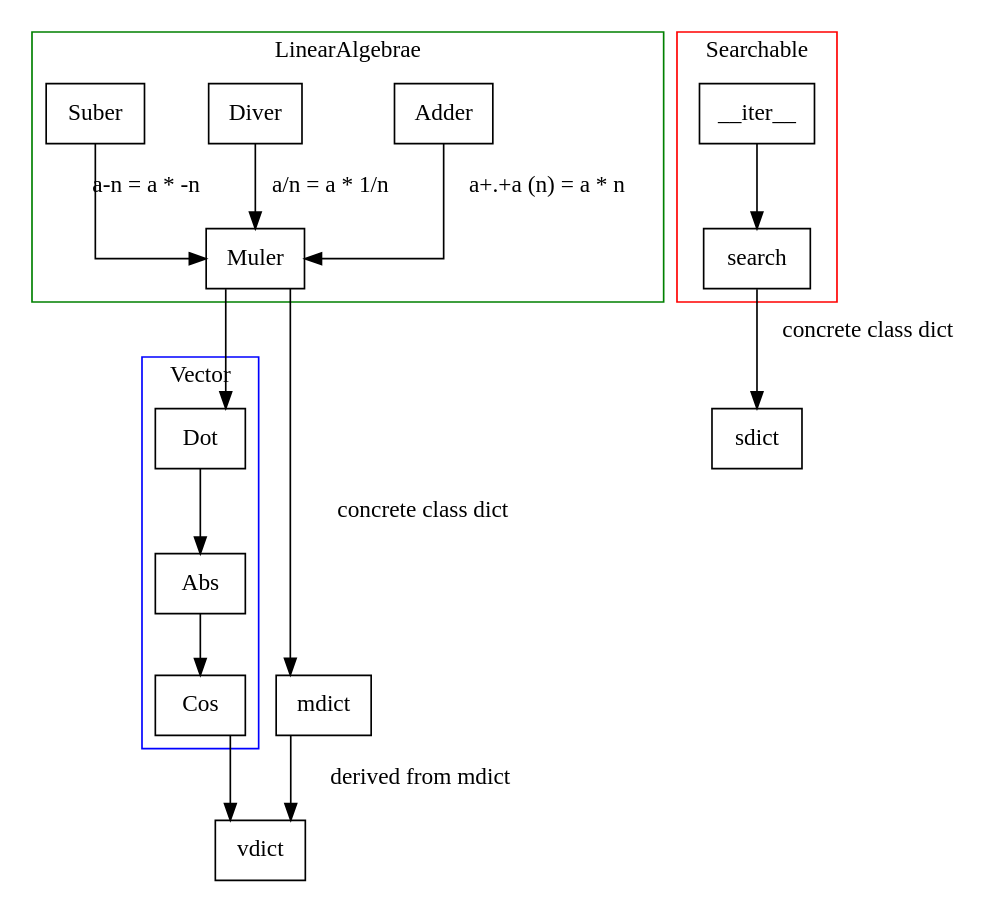
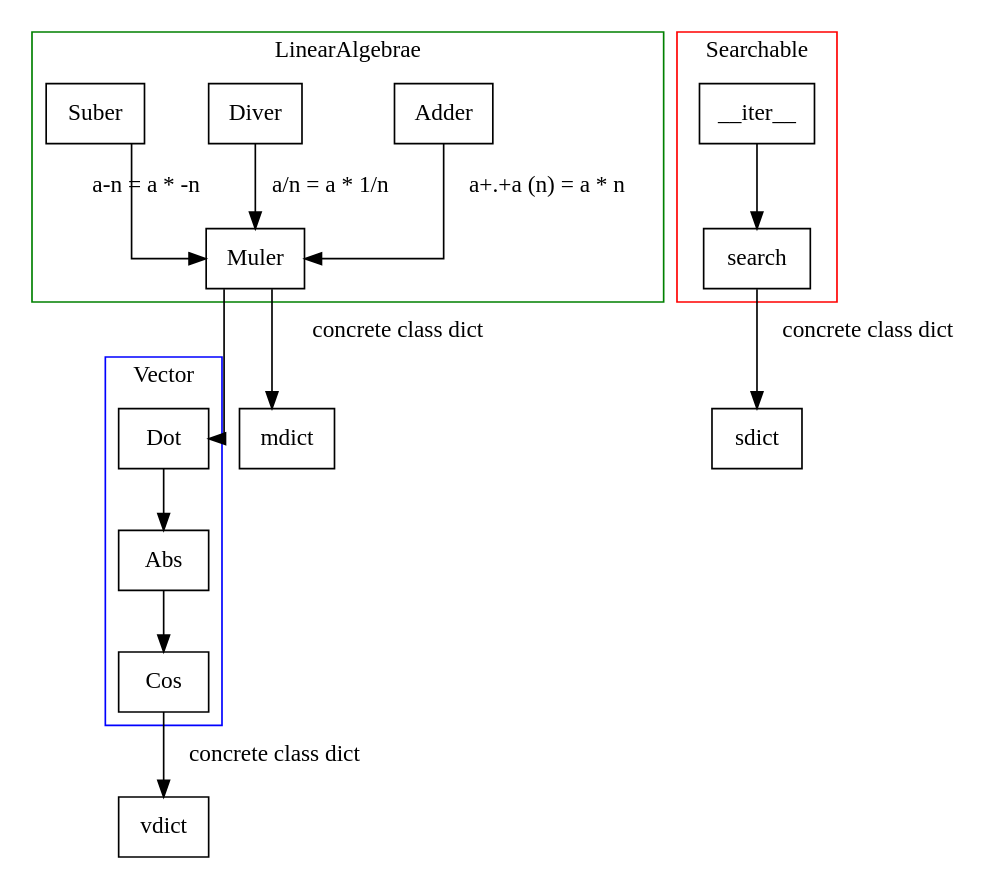
Before and after one commit to jul/archery: the diagram in docs/source/index.rst, drawn with Graphviz. The commit also changed 3 other files, not shown here.

```diff
--- a/docs/source/index.rst
+++ b/docs/source/index.rst
@@ -28,35 +28,34 @@
 .. graphviz::
 
     digraph G {
         node [ shape=box ];
         splines=ortho;
 
        subgraph cluster_0 {
            label = "LinearAlgebrae";
            style=line;
            color=green;
            Adder -> Muler [label = "a+.+a (n) = a * n"];
            Diver -> Muler [label = "a/n = a * 1/n" ];
            Suber -> Muler [label = "a-n = a * -n "];
        }
        subgraph cluster_1 {
            Dot -> Abs -> Cos;
            style=line;
            label = "Vector";
            color=blue;
        }
        Muler -> Dot;
        subgraph cluster_3 {
            label = "Searchable";
            color = red;
            iter [ label = "__iter__"];
            iter -> search ;
 
        }
        Muler ->  mdict [label = "concrete class dict" ];
-       mdict -> vdict [label = "derived from mdict" ];
-       Cos -> vdict;
+       Cos -> vdict [label = "concrete class dict" ];
        search -> sdict [label = "concrete class dict" ];
 
 
     }
```
